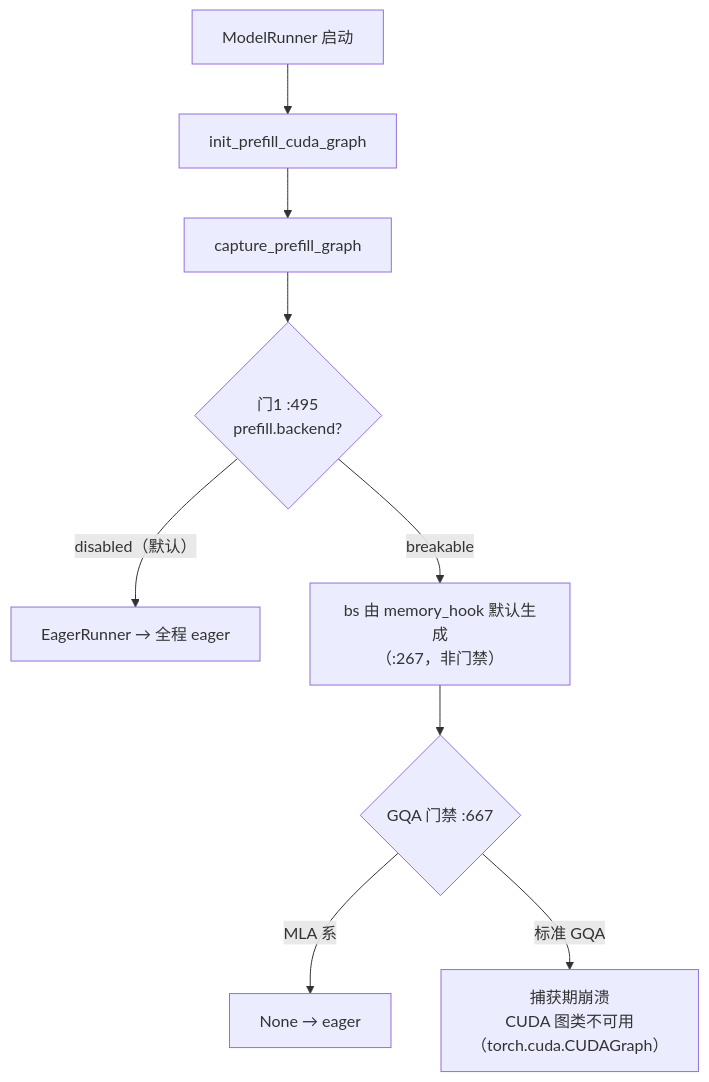
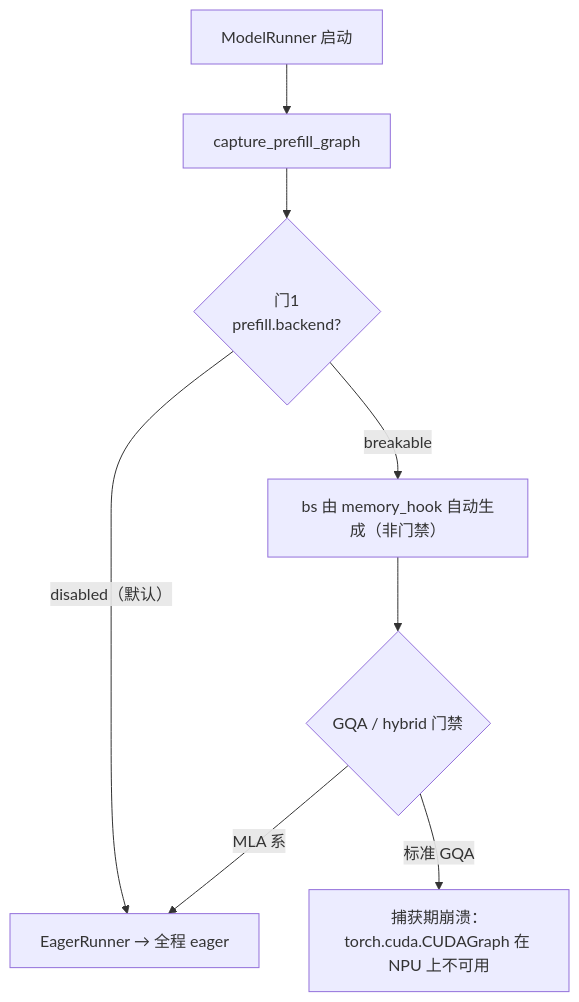
The second of 7 diagrams in FE/BreakableNPUGraphBackend设计方案/breakable_npu_graph_backend_design.md (kyrotiko/sglang-docs), drawn with Mermaid before and after one commit. The commit also changed other lines of this file, not shown here.

First line of the commit message:
docs: tighten the breakable NPU graph design doc

````diff
--- a/FE/BreakableNPUGraphBackend设计方案/breakable_npu_graph_backend_design.md
+++ b/FE/BreakableNPUGraphBackend设计方案/breakable_npu_graph_backend_design.md
@@ -73,11 +47,10 @@
 ```mermaid
 flowchart TB
-    MR["ModelRunner 启动"] --> IPCG["init_prefill_cuda_graph"]
-    IPCG --> CPG["capture_prefill_graph"]
-    CPG --> G1{"门1 :495<br/>prefill.backend?"}
+    MR["ModelRunner 启动"] --> CPG["capture_prefill_graph"]
+    CPG --> G1{"门1<br/>prefill.backend?"}
     G1 -->|"disabled（默认）"| EAGER["EagerRunner → 全程 eager"]
-    G1 -->|"breakable"| BS["bs 由 memory_hook 默认生成<br/>（:267，非门禁）"]
-    BS --> G3{"GQA 门禁 :667"}
-    G3 -->|"MLA 系"| NONE["None → eager"]
-    G3 -->|"标准 GQA"| CRASH["捕获期崩溃<br/>CUDA 图类不可用<br/>（torch.cuda.CUDAGraph）"]
+    G1 -->|"breakable"| BS["bs 由 memory_hook 自动生成（非门禁）"]
+    BS --> G3{"GQA / hybrid 门禁"}
+    G3 -->|"MLA 系"| EAGER
+    G3 -->|"标准 GQA"| CRASH["捕获期崩溃：<br/>torch.cuda.CUDAGraph 在 NPU 上不可用"]
 ```
````
